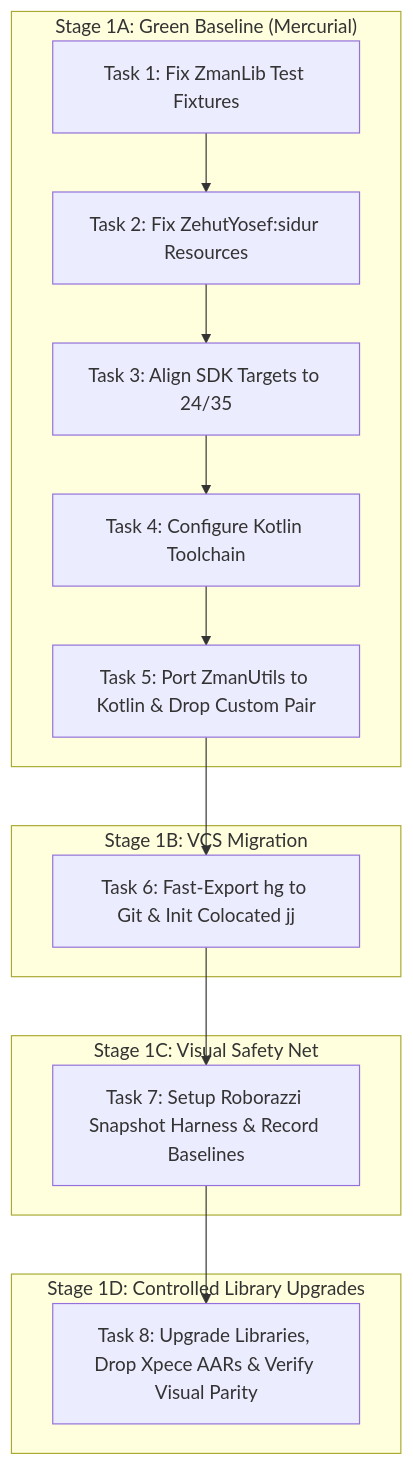
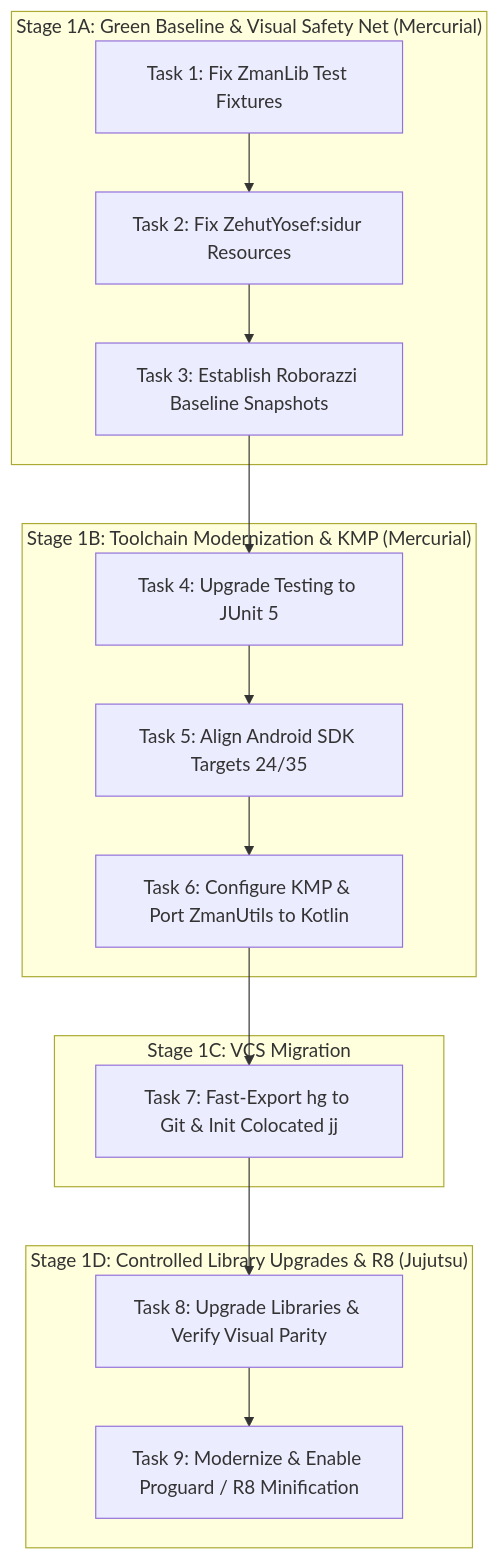
Before and after one commit to jgindin/zmanim: the diagram in docs/superpowers/plans/2026-09-07-foundation-modernization-and-jj-migration.md, drawn with Mermaid. The commit also changed other lines of this file and 1 other file, not shown here.

Commit message:
Update Phase 1 spec and implementation plan to 9-task safety-first architecture

````diff
--- a/docs/superpowers/plans/2026-09-07-foundation-modernization-and-jj-migration.md
+++ b/docs/superpowers/plans/2026-09-07-foundation-modernization-and-jj-migration.md
@@ -11,21 +11,22 @@
 ```mermaid
 graph TD
-    subgraph "Stage 1A: Green Baseline (Mercurial)"
+    subgraph "Stage 1A: Green Baseline & Visual Safety Net (Mercurial)"
         T1[Task 1: Fix ZmanLib Test Fixtures] --> T2[Task 2: Fix ZehutYosef:sidur Resources]
-        T2 --> T3[Task 3: Align SDK Targets to 24/35]
-        T3 --> T4[Task 4: Configure Kotlin Toolchain]
-        T4 --> T5[Task 5: Port ZmanUtils to Kotlin & Drop Custom Pair]
+        T2 --> T3[Task 3: Establish Roborazzi Baseline Snapshots]
     end
 
-    subgraph "Stage 1B: VCS Migration"
-        T5 --> T6[Task 6: Fast-Export hg to Git & Init Colocated jj]
+    subgraph "Stage 1B: Toolchain Modernization & KMP (Mercurial)"
+        T3 --> T4[Task 4: Upgrade Testing to JUnit 5]
+        T4 --> T5[Task 5: Align Android SDK Targets 24/35]
+        T5 --> T6[Task 6: Configure KMP & Port ZmanUtils to Kotlin]
     end
 
-    subgraph "Stage 1C: Visual Safety Net"
-        T6 --> T7[Task 7: Setup Roborazzi Snapshot Harness & Record Baselines]
+    subgraph "Stage 1C: VCS Migration"
+        T6 --> T7[Task 7: Fast-Export hg to Git & Init Colocated jj]
     end
 
-    subgraph "Stage 1D: Controlled Library Upgrades"
-        T7 --> T8[Task 8: Upgrade Libraries, Drop Xpece AARs & Verify Visual Parity]
+    subgraph "Stage 1D: Controlled Library Upgrades & R8 (Jujutsu)"
+        T7 --> T8[Task 8: Upgrade Libraries & Verify Visual Parity]
+        T8 --> T9[Task 9: Modernize & Enable Proguard / R8 Minification]
     end
 ```
````
